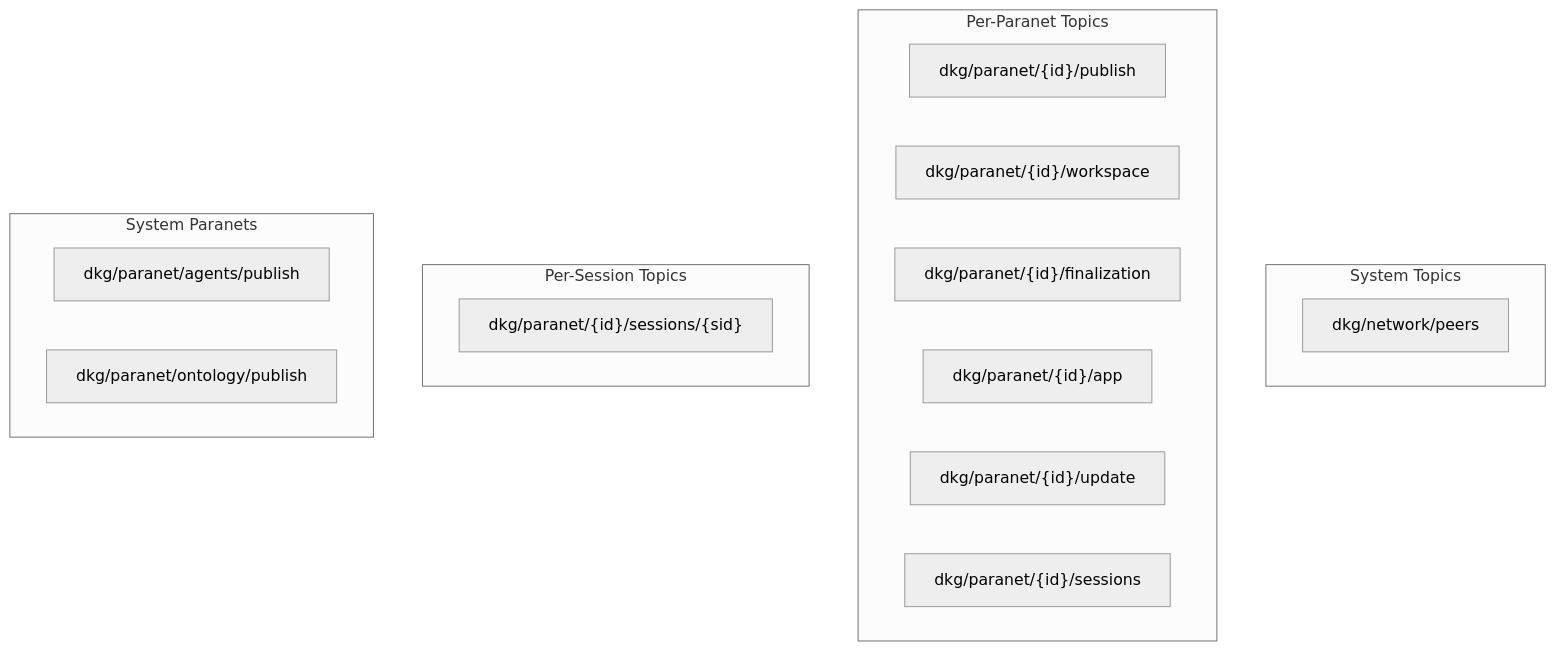
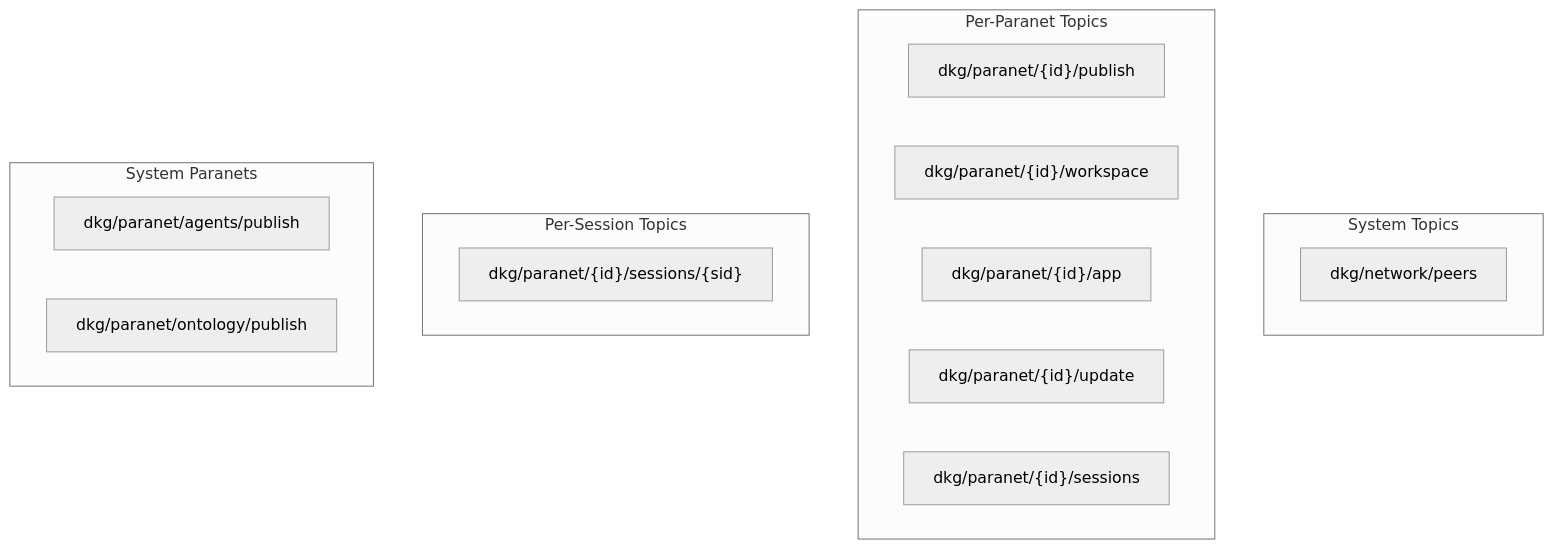
One commit to OriginTrail/dkg changed diagram 12 of 15 in docs/v9-protocol-operations.md. Above: the diagram before and after it, drawn with Mermaid (neutral theme). The commit also changed other lines of this file, not shown here.

````diff
--- a/docs/v9-protocol-operations.md
+++ b/docs/v9-protocol-operations.md
@@ -1129,24 +698,23 @@
 ```mermaid
 graph TB
     subgraph "System Topics"
         PEERS["dkg/network/peers"]
     end
 
     subgraph "Per-Paranet Topics"
         PUB["dkg/paranet/{id}/publish"]
         WS["dkg/paranet/{id}/workspace"]
-        FIN["dkg/paranet/{id}/finalization"]
         APP["dkg/paranet/{id}/app"]
         UPD["dkg/paranet/{id}/update"]
         SESS["dkg/paranet/{id}/sessions"]
     end
 
     subgraph "Per-Session Topics"
         S1["dkg/paranet/{id}/sessions/{sid}"]
     end
 
     subgraph "System Paranets"
         AGENTS["dkg/paranet/agents/publish"]
         ONTO["dkg/paranet/ontology/publish"]
     end
 ```
````
